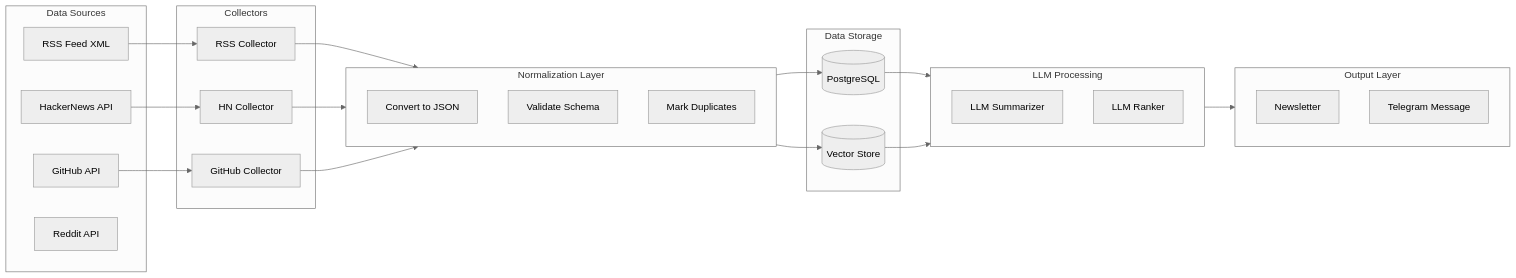
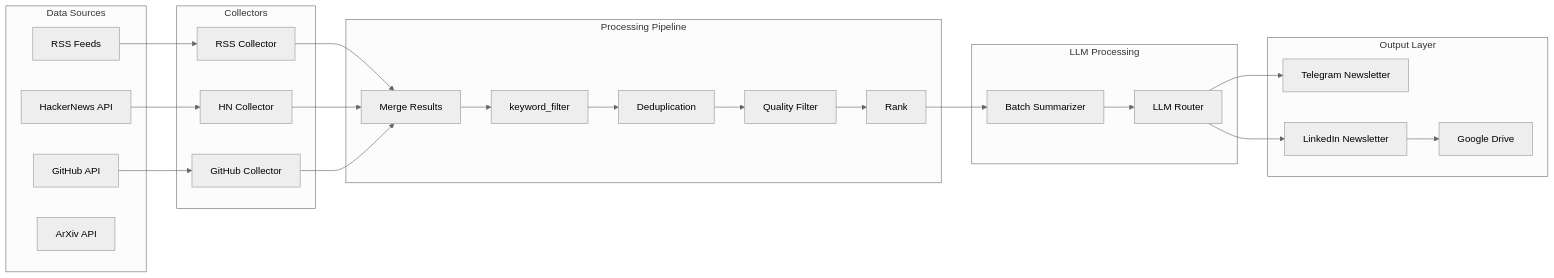
Before and after one commit to himanshu231204/ai-news-intelligence: the fifth of 9 diagrams in docs/ARCHITECTURE.md, drawn with Mermaid (neutral theme). The commit also changed other lines of this file and 8 other files, not shown here.

First line of the commit message:
Enhance architecture and deployment documentation; optimize Dockerfile and Render configuration

````diff
--- a/docs/ARCHITECTURE.md
+++ b/docs/ARCHITECTURE.md
@@ -254,52 +200,54 @@
 ```mermaid
 flowchart LR
     subgraph Sources["Data Sources"]
-        RSS_Feed[RSS Feed XML]
+        RSS_Feed[RSS Feeds]
         HN_API[HackerNews API]
         GH_API[GitHub API]
-        RD_API[Reddit API]
+        ArXiv_API[ArXiv API]
     end
     
     subgraph Collectors["Collectors"]
         RC[RSS Collector]
         HNC[HN Collector]
         GHC[GitHub Collector]
     end
     
-    subgraph Normalize["Normalization Layer"]
-        JSON[Convert to JSON]
-        Validate[Validate Schema]
-        Dedupe[Mark Duplicates]
-    end
-    
-    subgraph Storage["Data Storage"]
-        PG[(PostgreSQL)]
-        VS[(Vector Store)]
+    subgraph Processing["Processing Pipeline"]
+        MERGE[Merge Results]
+        KF[keyword_filter]
+        DEDUP[Deduplication]
+        FILTER[Quality Filter]
+        RANK[Rank]
     end
     
     subgraph LLM["LLM Processing"]
-        Summarize[LLM Summarizer]
-        Rank[LLM Ranker]
+        BATCH[Batch Summarizer]
+        ROUTER[LLM Router]
     end
     
     subgraph Output["Output Layer"]
-        Newsletter[Newsletter]
-        Telegram[Telegram Message]
+        TELEGRAM[Telegram Newsletter]
+        LINKEDIN[LinkedIn Newsletter]
+        DRIVE[Google Drive]
     end
     
     RSS_Feed --> RC
     HN_API --> HNC
     GH_API --> GHC
     
-    RC --> Normalize
-    HNC --> Normalize
-    GHC --> Normalize
+    RC --> MERGE
+    HNC --> MERGE
+    GHC --> MERGE
     
-    Normalize --> PG
-    Normalize --> VS
+    MERGE --> KF
+    KF --> DEDUP
+    DEDUP --> FILTER
+    FILTER --> RANK
     
-    PG --> LLM
-    VS --> LLM
+    RANK --> BATCH
+    BATCH --> ROUTER
     
-    LLM --> Output
+    ROUTER --> TELEGRAM
+    ROUTER --> LINKEDIN
+    LINKEDIN --> DRIVE
 ```
````
